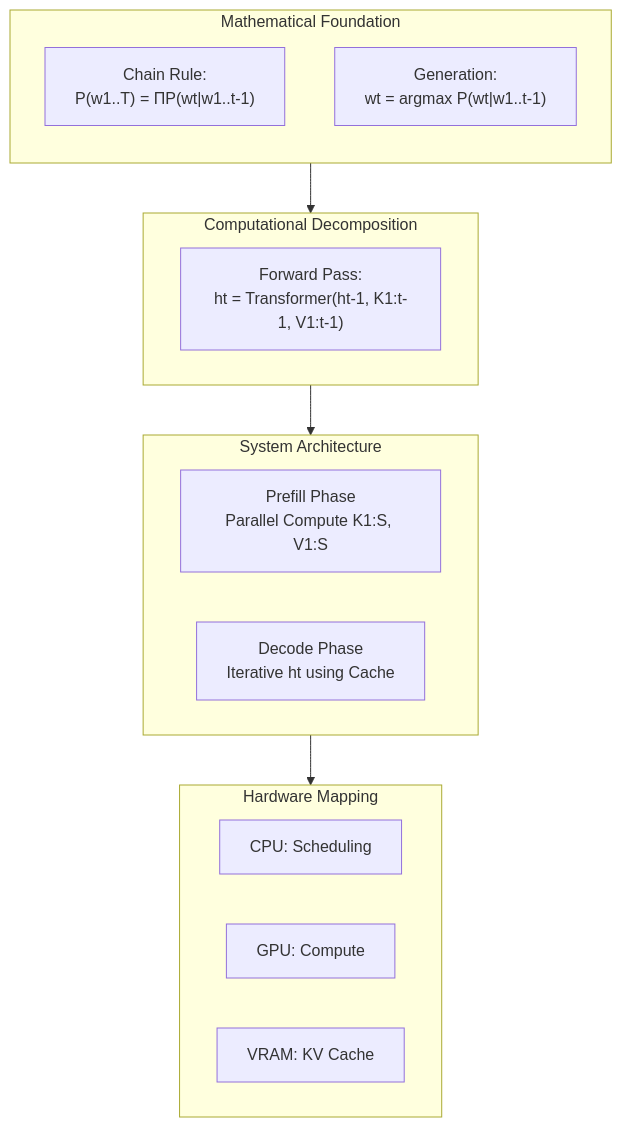
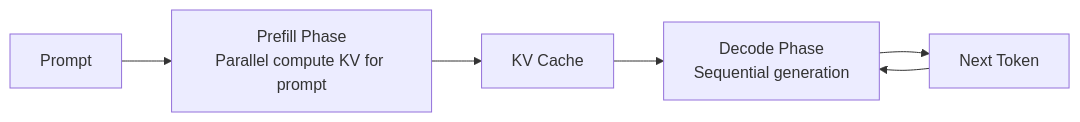
Before and after one commit to Shahriarin2garden/vllm_from_scratch: the eighth of 37 diagrams in lab0.2/README.md, drawn with Mermaid. The commit also changed other lines of this file and 3 other files, not shown here.

````diff
--- a/lab0.2/README.md
+++ b/lab0.2/README.md
@@ -123,29 +261,8 @@
 ```mermaid
-flowchart TD
-    subgraph A[Mathematical Foundation]
-        direction TB
-        P["Chain Rule:<br/>P(w1..T) = ΠP(wt|w1..t-1)"]
-        G["Generation:<br/>wt = argmax P(wt|w1..t-1)"]
-    end
-
-    subgraph B[Computational Decomposition]
-        CD["Forward Pass:<br/>ht = Transformer(ht-1, K1:t-1, V1:t-1)"]
-    end
-
-    subgraph SA[System Architecture]
-        direction LR
-        Pre["Prefill Phase<br/>Parallel Compute K1:S, V1:S"]
-        Dec["Decode Phase<br/>Iterative ht using Cache"]
-    end
-
-    A --> B --> SA
-
-    subgraph D[Hardware Mapping]
-        CPU["CPU: Scheduling"]
-        GPU["GPU: Compute"]
-        MEM["VRAM: KV Cache"]
-    end
-
-    SA --> D
-
+flowchart LR
+    Prompt --> P[Prefill Phase<br/>Parallel compute KV for prompt]
+    P --> Cache[KV Cache]
+    Cache --> D[Decode Phase<br/>Sequential generation]
+    D --> Token[Next Token]
+    Token --> D
 ```
````
